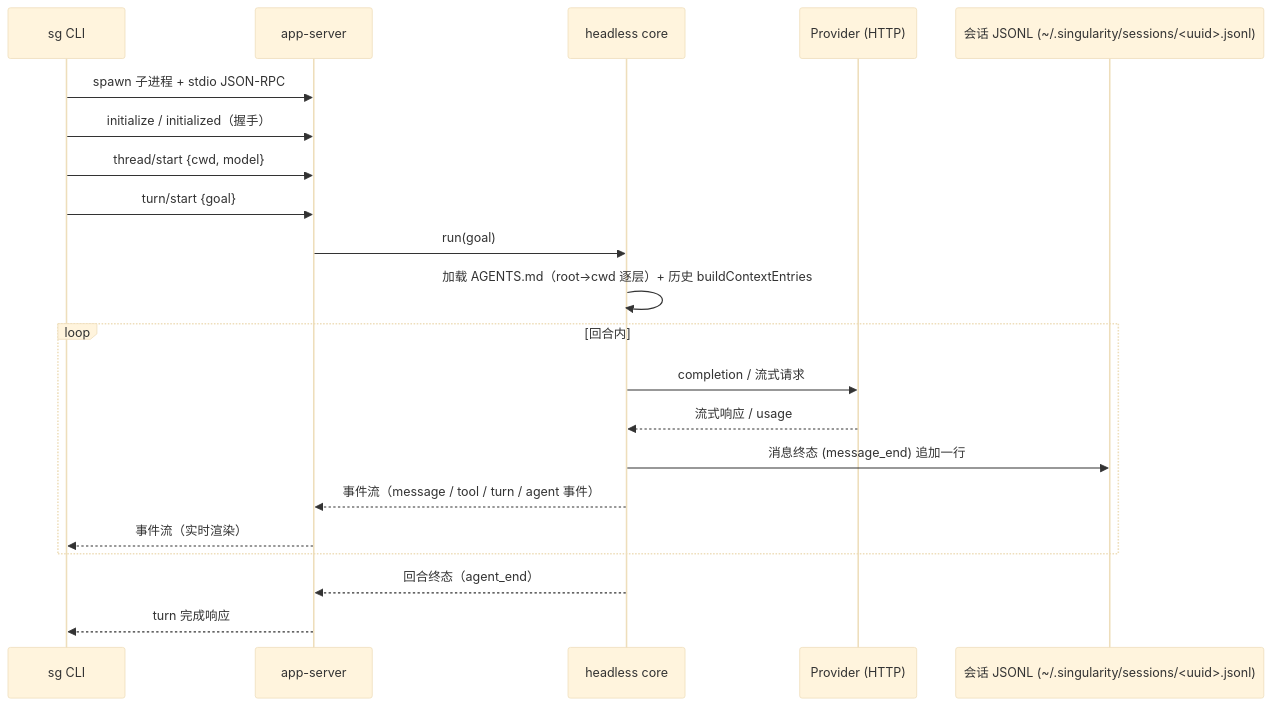
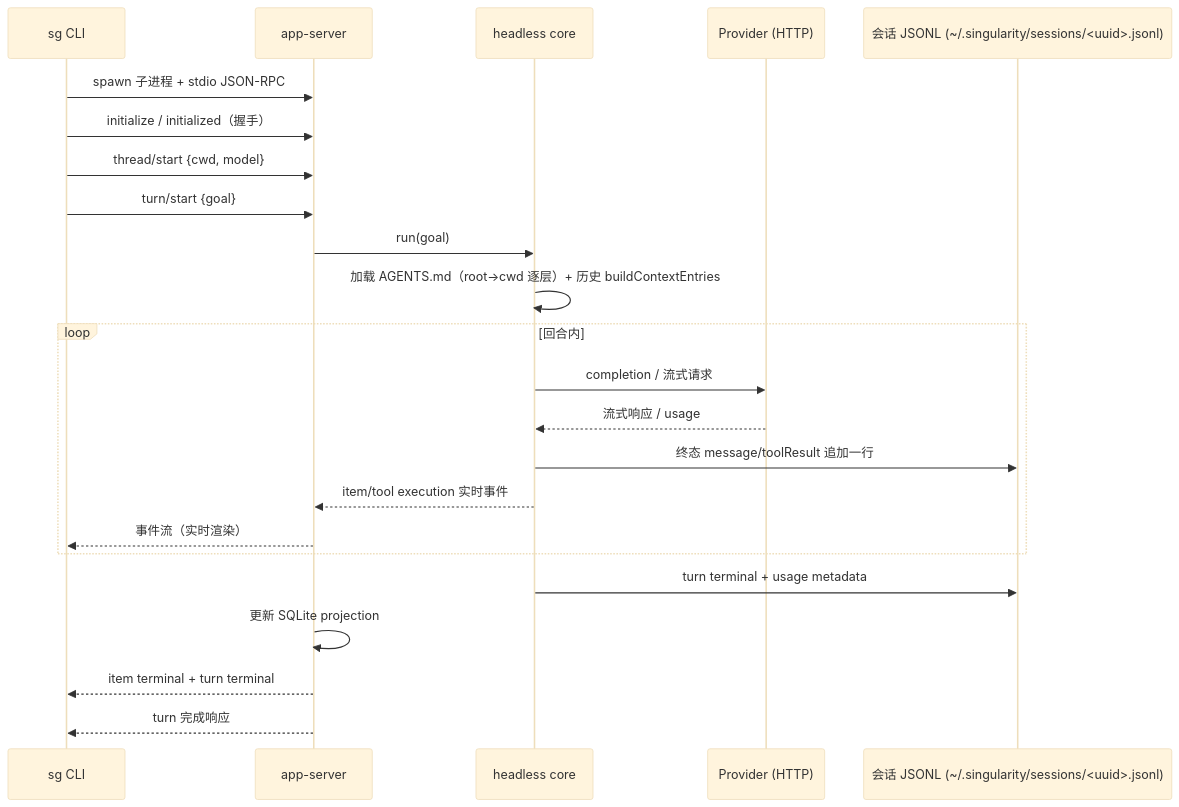
The second of 8 diagrams in docs/singularity.md (qjcnmd/singularity-agent), drawn with Mermaid (base theme) before and after one commit. The commit also changed other lines of this file and 20 other files, not shown here.

````diff
--- a/docs/singularity.md
+++ b/docs/singularity.md
@@ -60,23 +60,25 @@
 ```mermaid
 sequenceDiagram
     participant CLI as sg CLI
     participant S as app-server
     participant C as headless core
     participant P as Provider (HTTP)
     participant F as 会话 JSONL (~/.singularity/sessions/<uuid>.jsonl)
     CLI->>S: spawn 子进程 + stdio JSON-RPC
     CLI->>S: initialize / initialized（握手）
     CLI->>S: thread/start {cwd, model}
     CLI->>S: turn/start {goal}
     S->>C: run(goal)
     C->>C: 加载 AGENTS.md（root→cwd 逐层）+ 历史 buildContextEntries
     loop 回合内
         C->>P: completion / 流式请求
         P-->>C: 流式响应 / usage
-        C->>F: 消息终态 (message_end) 追加一行
-        C-->>S: 事件流（message / tool / turn / agent 事件）
+        C->>F: 终态 message/toolResult 追加一行
+        C-->>S: item/tool execution 实时事件
         S-->>CLI: 事件流（实时渲染）
     end
-    C-->>S: 回合终态（agent_end）
+    C->>F: turn terminal + usage metadata
+    S->>S: 更新 SQLite projection
+    S-->>CLI: item terminal + turn terminal
     S-->>CLI: turn 完成响应
 ```
````
